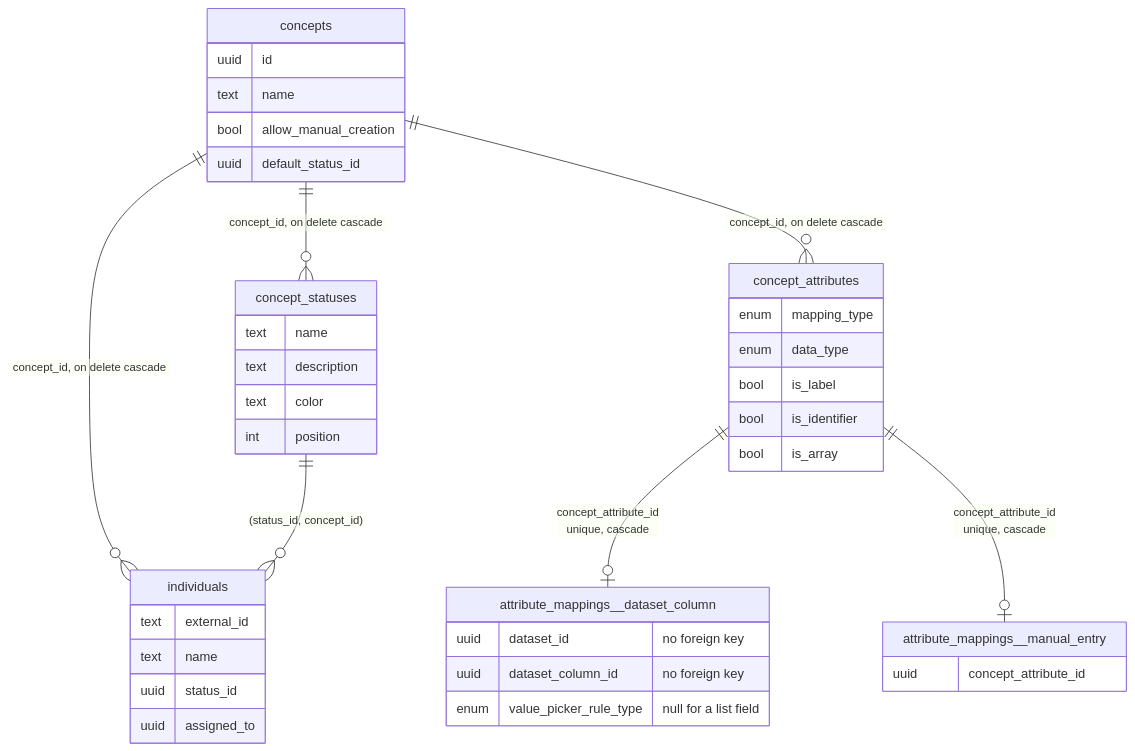
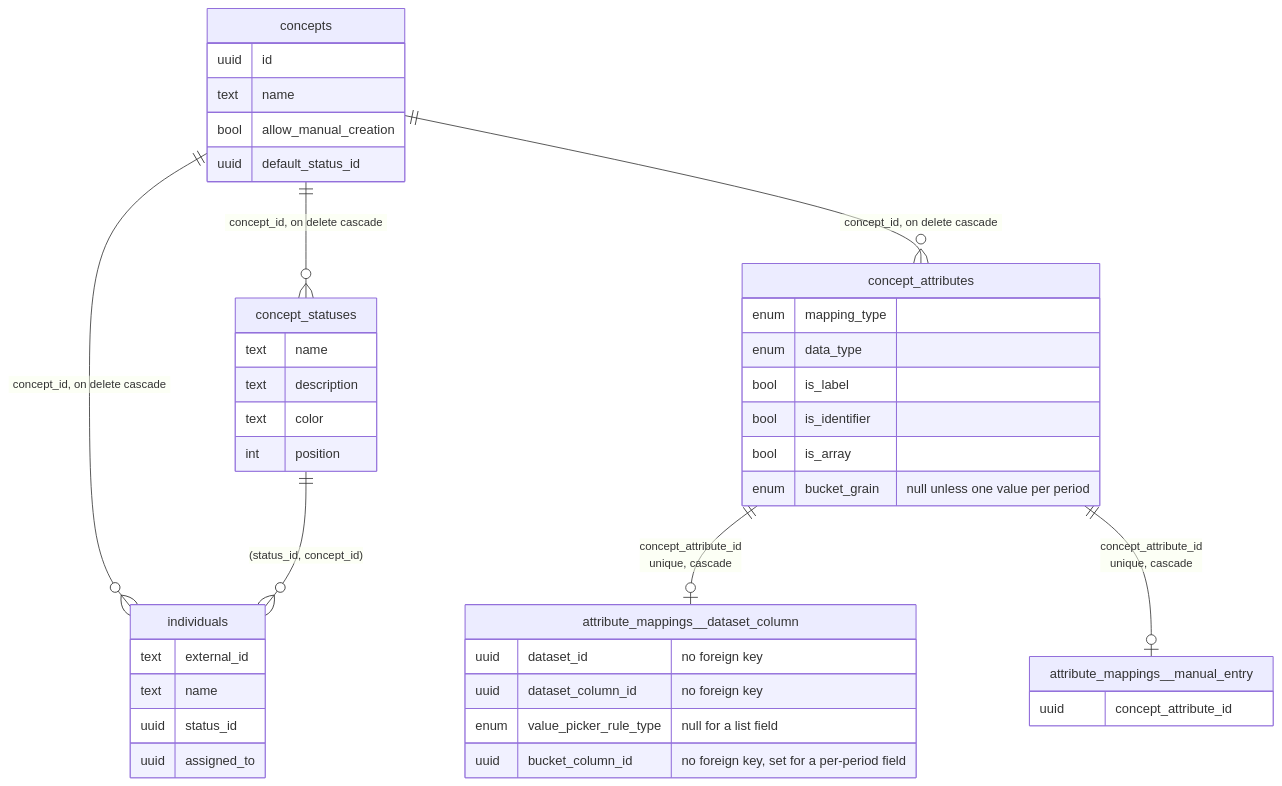
Before and after one commit to AvandarLabs/avandar: the second of 10 diagrams in docs/ontology-architecture.md, drawn with Mermaid. The commit also changed other lines of this file, not shown here.

Commit message:
docs(joined-cases): describe per-period fields in the ontology architecture

````diff
--- a/docs/ontology-architecture.md
+++ b/docs/ontology-architecture.md
@@ -135,42 +137,44 @@
 ```mermaid
 erDiagram
   concepts ||--o{ concept_statuses : "concept_id, on delete cascade"
   concepts ||--o{ concept_attributes : "concept_id, on delete cascade"
   concepts ||--o{ individuals : "concept_id, on delete cascade"
   concept_statuses ||--o{ individuals : "(status_id, concept_id)"
   concept_attributes ||--o| attribute_mappings__dataset_column : "concept_attribute_id<br/>unique, cascade"
   concept_attributes ||--o| attribute_mappings__manual_entry : "concept_attribute_id<br/>unique, cascade"
   concepts {
     uuid id
     text name
     bool allow_manual_creation
     uuid default_status_id
   }
   concept_statuses {
     text name
     text description
     text color
     int position
   }
   concept_attributes {
     enum mapping_type
     enum data_type
     bool is_label
     bool is_identifier
     bool is_array
+    enum bucket_grain "null unless one value per period"
   }
   individuals {
     text external_id
     text name
     uuid status_id
     uuid assigned_to
   }
   attribute_mappings__dataset_column {
     uuid dataset_id "no foreign key"
     uuid dataset_column_id "no foreign key"
     enum value_picker_rule_type "null for a list field"
+    uuid bucket_column_id "no foreign key, set for a per-period field"
   }
   attribute_mappings__manual_entry {
     uuid concept_attribute_id
   }
 ```
````
